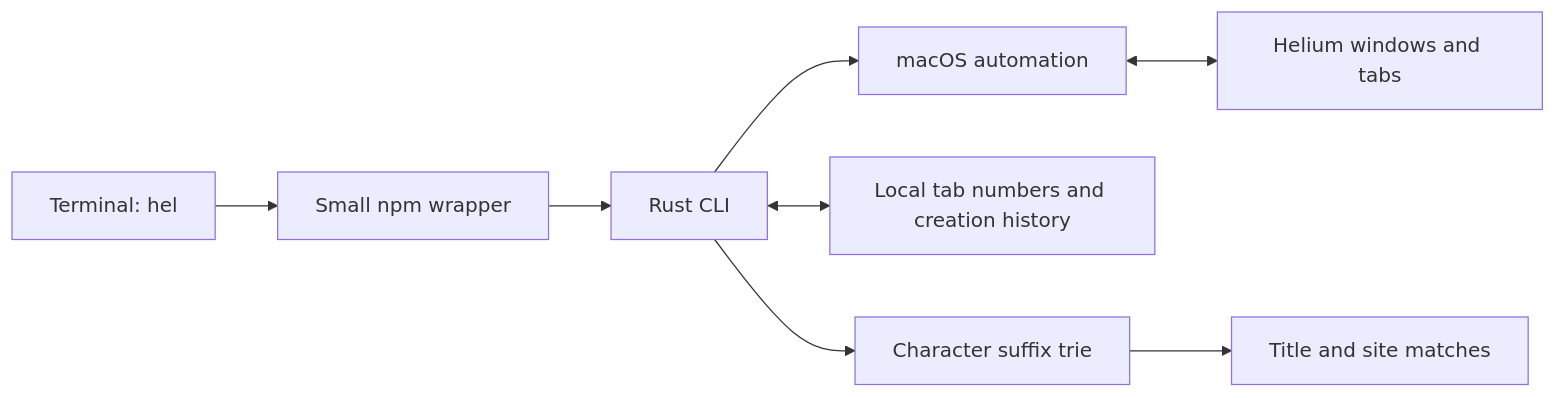
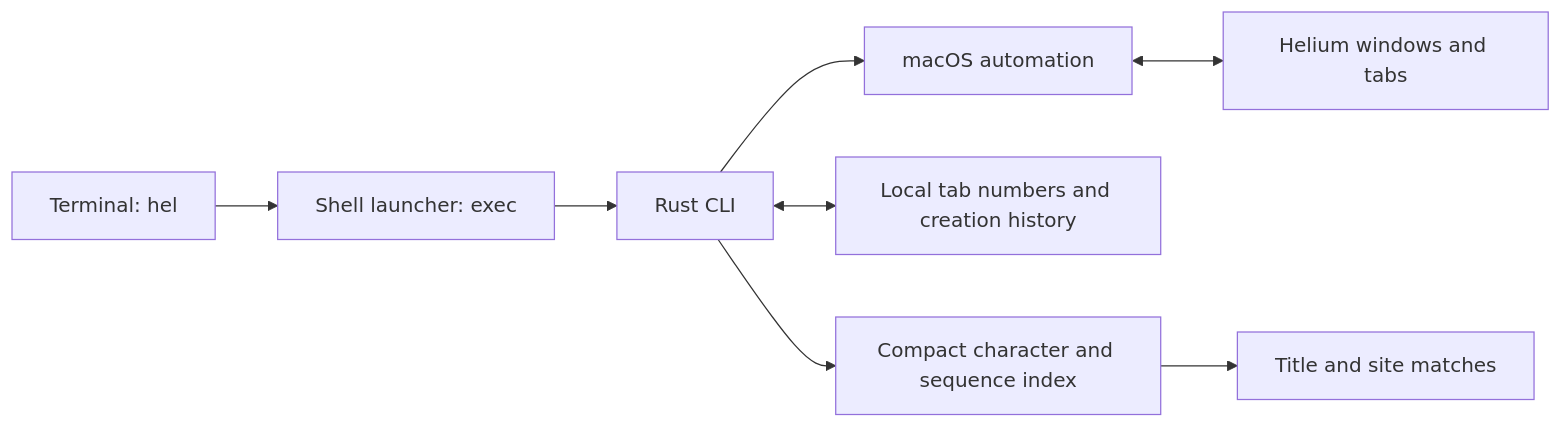
Before and after one commit to ericx057/helium-cli: the diagram in README.md, drawn with Mermaid. The commit also changed other lines of this file and 11 other files, not shown here.

````diff
--- a/README.md
+++ b/README.md
@@ -64,10 +64,10 @@
 ```mermaid
 flowchart LR
-    Terminal[Terminal: hel] --> Wrapper[Small npm wrapper]
+    Terminal[Terminal: hel] --> Wrapper[Shell launcher: exec]
     Wrapper --> Rust[Rust CLI]
     Rust --> Automation[macOS automation]
     Automation <--> Helium[Helium windows and tabs]
     Rust <--> History[Local tab numbers and creation history]
-    Rust --> Index[Character suffix trie]
+    Rust --> Index[Compact character and sequence index]
     Index --> Results[Title and site matches]
 ```
````
